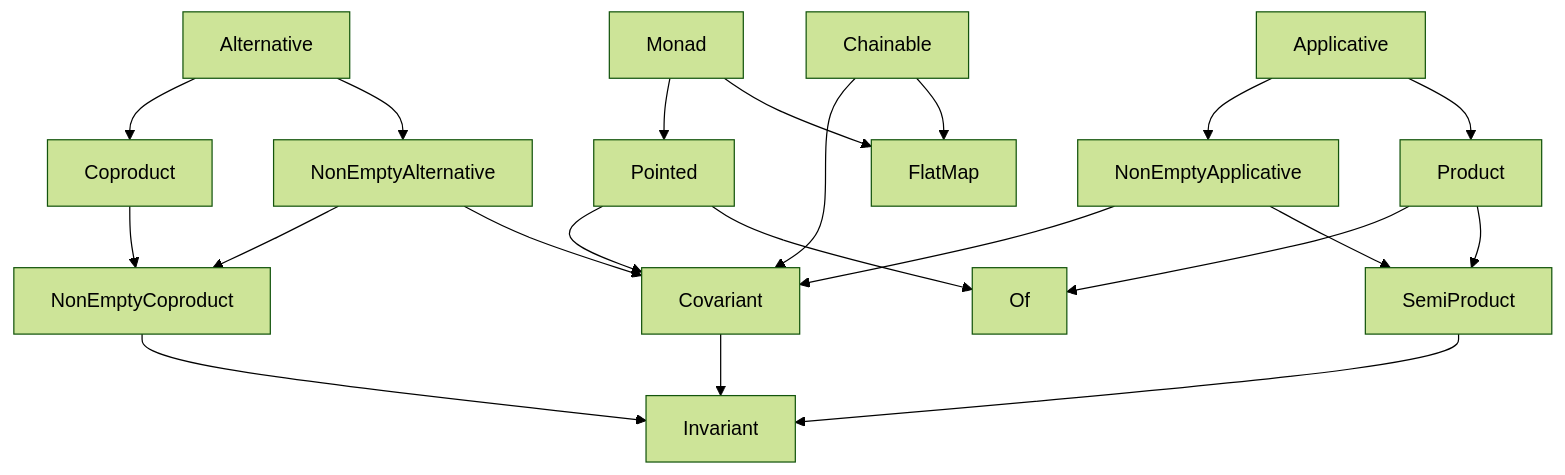
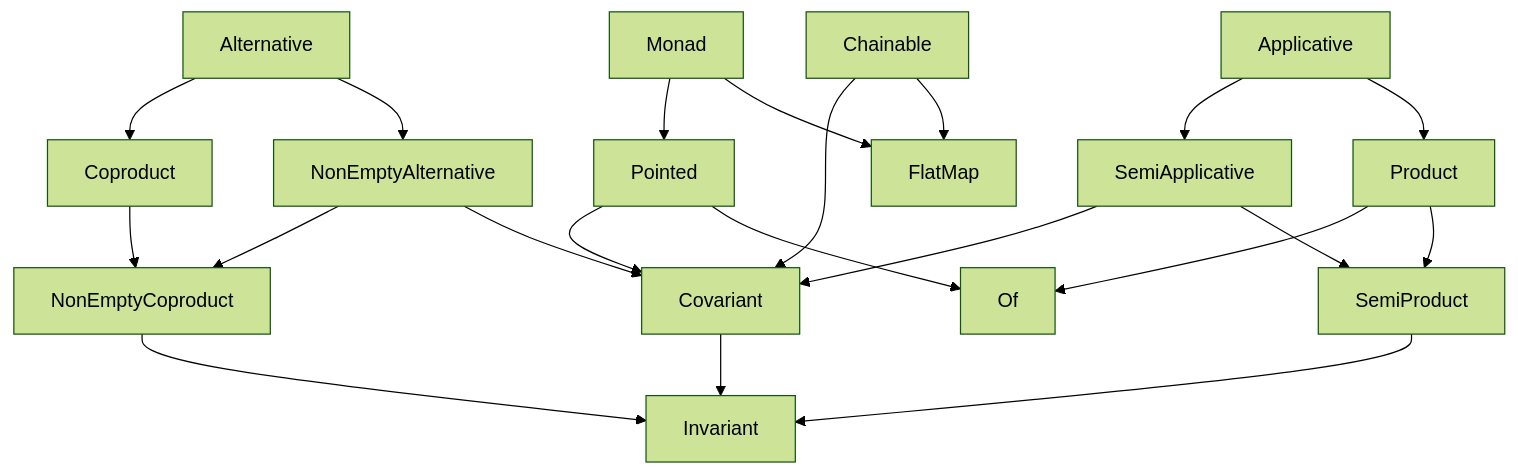
The diagram in Overview.md (fp-ts/core), drawn with Mermaid (forest theme) before and after one commit. The commit also changed other lines of this file and 13 other files, not shown here.

Commit message:
NonEmptyApplicative: rename to SemiApplicative

````diff
--- a/Overview.md
+++ b/Overview.md
@@ -110,23 +110,23 @@
 ```mermaid
 flowchart TD
     Alternative --> NonEmptyAlternative
     Alternative --> Coproduct
     Applicative --> Product
     Coproduct --> NonEmptyCoproduct
     NonEmptyAlternative --> Covariant
     NonEmptyAlternative --> NonEmptyCoproduct
-    NonEmptyApplicative --> SemiProduct
-    NonEmptyApplicative --> Covariant
-    Applicative --> NonEmptyApplicative
+    SemiApplicative --> SemiProduct
+    SemiApplicative --> Covariant
+    Applicative --> SemiApplicative
     Chainable --> FlatMap
     Chainable ---> Covariant
     Monad --> FlatMap
     Monad --> Pointed
     Pointed --> Of
     Pointed --> Covariant
     Product --> SemiProduct
     Product --> Of
     SemiProduct --> Invariant
     Covariant --> Invariant
     NonEmptyCoproduct --> Invariant
 ```
````
